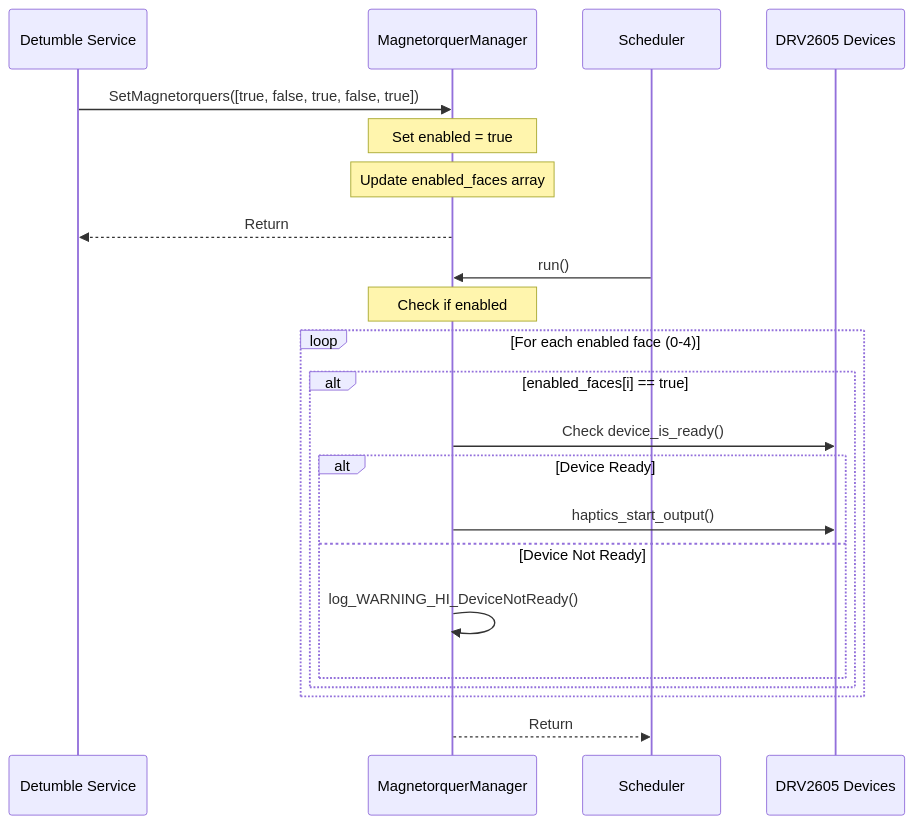
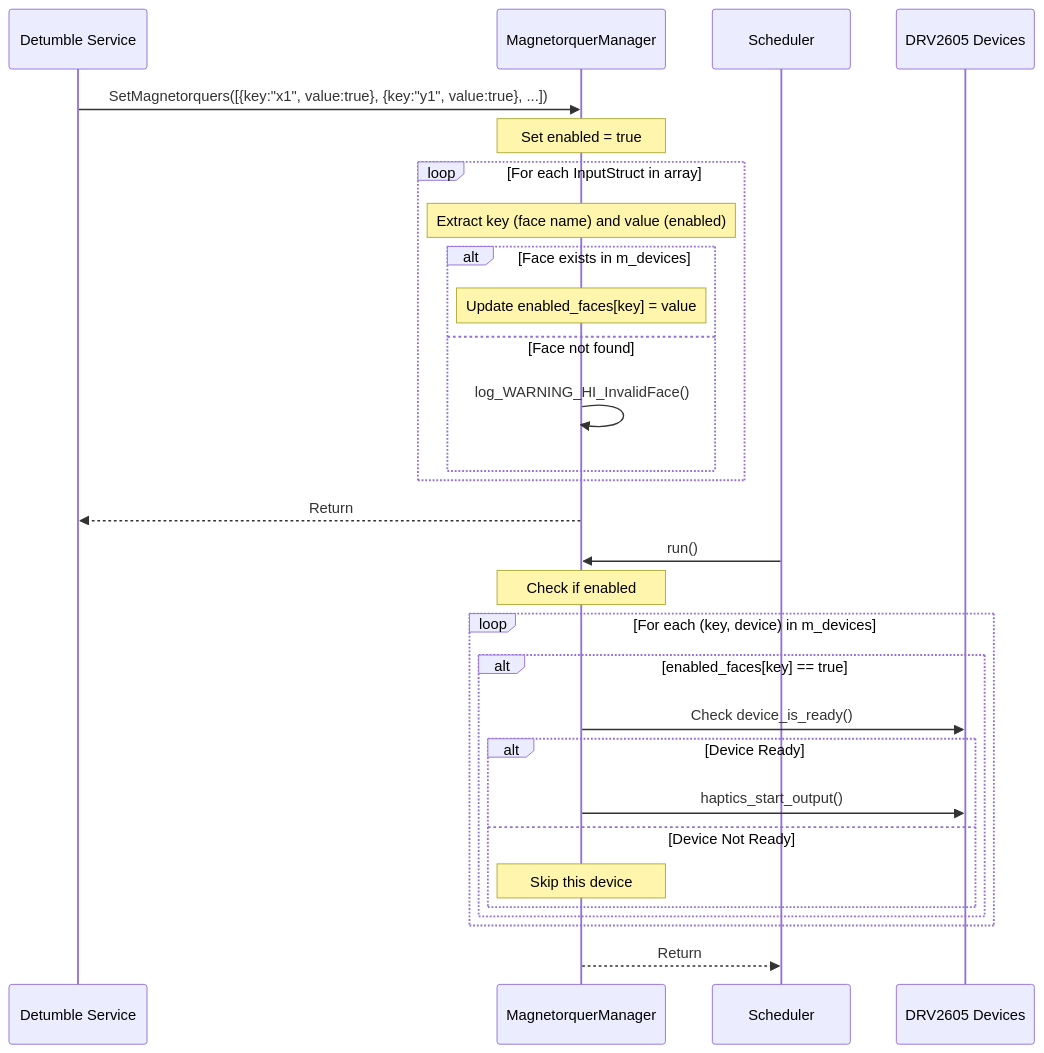
Before and after one commit to Open-Source-Space-Foundation/proves-core-reference: the third of 4 diagrams in FprimeZephyrReference/Components/Drv/MagnetorquerManager/docs/sdd.md, drawn with Mermaid. The commit also changed other lines of this file and 1 other file, not shown here.

````diff
--- a/FprimeZephyrReference/Components/Drv/MagnetorquerManager/docs/sdd.md
+++ b/FprimeZephyrReference/Components/Drv/MagnetorquerManager/docs/sdd.md
@@ -75,26 +76,33 @@
 ```mermaid
 sequenceDiagram
     participant DS as Detumble Service
     participant MM as MagnetorquerManager
     participant Sched as Scheduler
     participant DRV as DRV2605 Devices
 
-    DS->>MM: SetMagnetorquers([true, false, true, false, true])
+    DS->>MM: SetMagnetorquers([{key:"x1", value:true}, {key:"y1", value:true}, ...])
     Note over MM: Set enabled = true
-    Note over MM: Update enabled_faces array
+    loop For each InputStruct in array
+        Note over MM: Extract key (face name) and value (enabled)
+        alt Face exists in m_devices
+            Note over MM: Update enabled_faces[key] = value
+        else Face not found
+            MM->>MM: log_WARNING_HI_InvalidFace()
+        end
+    end
     MM-->>DS: Return
 
     Sched->>MM: run()
     Note over MM: Check if enabled
-    loop For each enabled face (0-4)
-        alt enabled_faces[i] == true
+    loop For each (key, device) in m_devices
+        alt enabled_faces[key] == true
             MM->>DRV: Check device_is_ready()
             alt Device Ready
                 MM->>DRV: haptics_start_output()
             else Device Not Ready
-                MM->>MM: log_WARNING_HI_DeviceNotReady()
+                Note over MM: Skip this device
             end
         end
     end
     MM-->>Sched: Return
 ```
````
